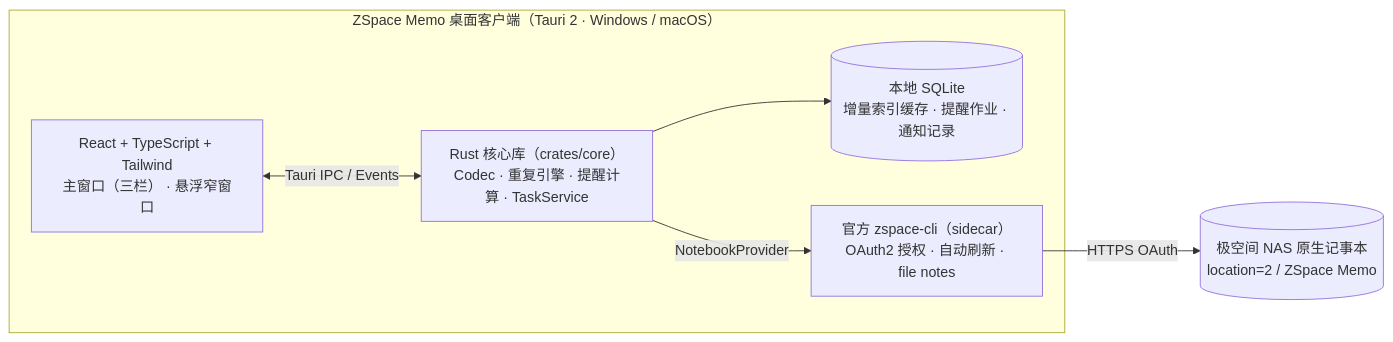
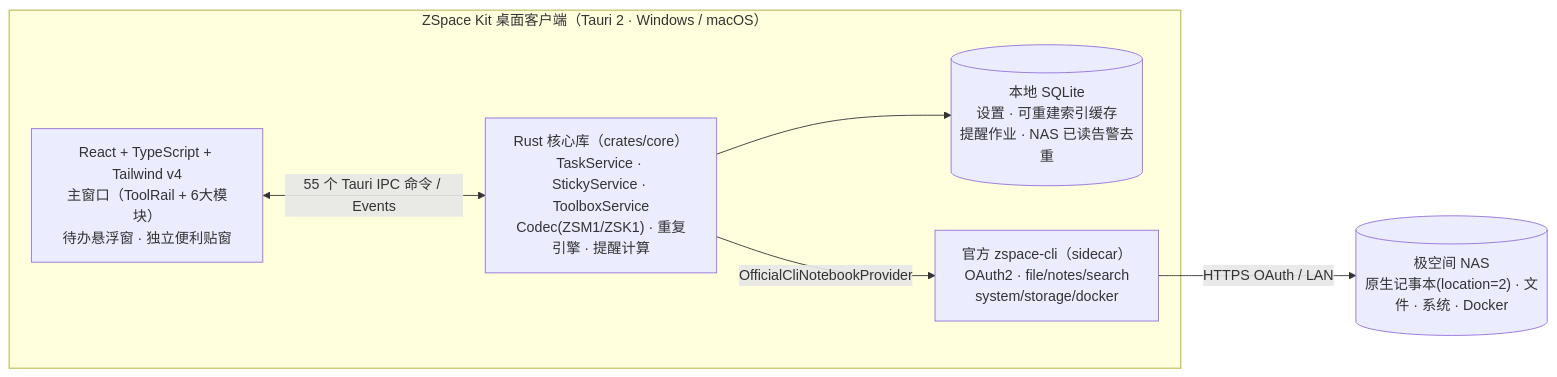
Before and after one commit to garyhj/ZSpaceMemo: the diagram in README.md, drawn with Mermaid. The commit also changed other lines of this file and 3 other files, not shown here.

Commit message:
docs: update README, DESIGN, COMPATIBILITY and add CHANGELOG for ZSpace Kit v0.3.1

````diff
--- a/README.md
+++ b/README.md
@@ -31,14 +49,14 @@
 ```mermaid
 flowchart LR
-  subgraph App["ZSpace Memo 桌面客户端（Tauri 2 · Windows / macOS）"]
-    UI["React + TypeScript + Tailwind<br/>主窗口（三栏） · 悬浮窄窗口"]
-    CORE["Rust 核心库（crates/core）<br/>Codec · 重复引擎 · 提醒计算 · TaskService"]
-    DB[("本地 SQLite<br/>增量索引缓存 · 提醒作业 · 通知记录")]
-    CLI["官方 zspace-cli（sidecar）<br/>OAuth2 授权 · 自动刷新 · file notes"]
+  subgraph App["ZSpace Kit 桌面客户端（Tauri 2 · Windows / macOS）"]
+    UI["React + TypeScript + Tailwind v4<br/>主窗口（ToolRail + 6大模块）<br/>待办悬浮窗 · 独立便利贴窗"]
+    CORE["Rust 核心库（crates/core）<br/>TaskService · StickyService · ToolboxService<br/>Codec(ZSM1/ZSK1) · 重复引擎 · 提醒计算"]
+    DB[("本地 SQLite<br/>设置 · 可重建索引缓存<br/>提醒作业 · NAS 已读告警去重")]
+    CLI["官方 zspace-cli（sidecar）<br/>OAuth2 · file/notes/search<br/>system/storage/docker"]
   end
-  NAS[("极空间 NAS 原生记事本<br/>location=2 / ZSpace Memo")]
+  NAS[("极空间 NAS<br/>原生记事本(location=2) · 文件 · 系统 · Docker")]
 
-  UI <-->|Tauri IPC / Events| CORE
+  UI <-->|55 个 Tauri IPC 命令 / Events| CORE
   CORE --> DB
-  CORE -->|NotebookProvider| CLI -->|HTTPS OAuth| NAS
+  CORE -->|OfficialCliNotebookProvider| CLI -->|HTTPS OAuth / LAN| NAS
 ```
````
